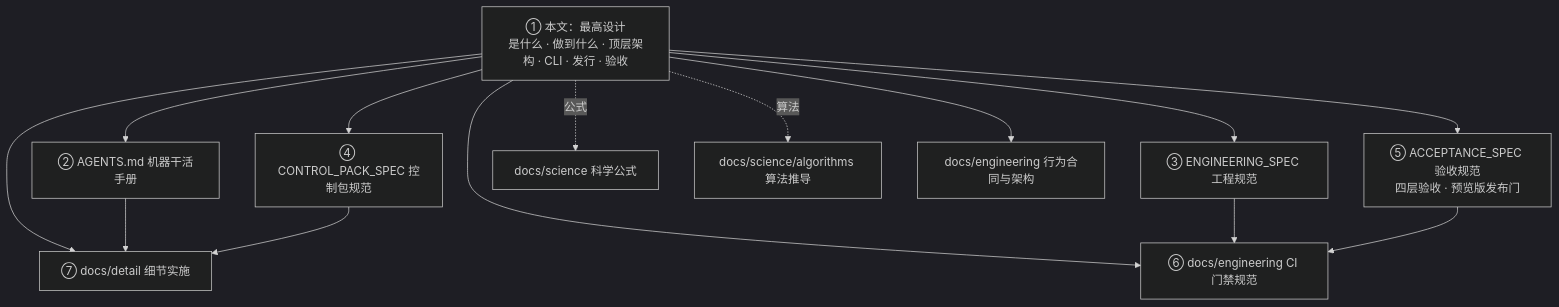
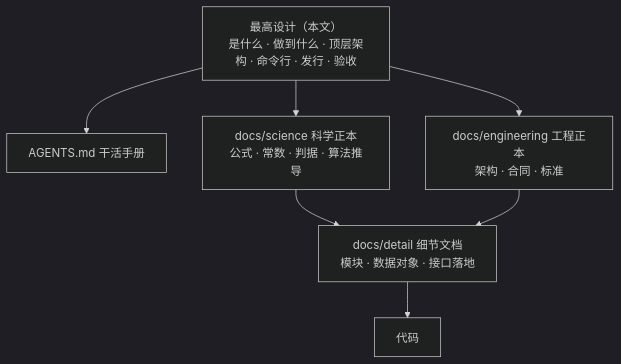
Before and after one commit to fujiaze/Astro-CS-Database: the first of 10 diagrams in docs/ASTROCS_DESIGN.md, drawn with Mermaid (dark theme). The commit also changed other lines of this file and 1 other file, not shown here.

First line of the commit message:
G08-02 正本替换：AGENTS.md 与最高设计改用负责人确认版

````diff
--- a/docs/ASTROCS_DESIGN.md
+++ b/docs/ASTROCS_DESIGN.md
@@ -9,21 +7,15 @@
 ```mermaid
 flowchart TD
-    D["① 本文：最高设计<br/>是什么 · 做到什么 · 顶层架构 · CLI · 发行 · 验收"]
-    A["② AGENTS.md 机器干活手册"]
-    E["③ ENGINEERING_SPEC 工程规范"]
-    C["④ CONTROL_PACK_SPEC 控制包规范"]
-    ACC["⑤ ACCEPTANCE_SPEC 验收规范<br/>四层验收 · 预览版发布门"]
-    CI["⑥ docs/engineering CI 门禁规范"]
-    P["⑦ docs/detail 细节实施"]
-    S["docs/science 科学公式"]
-    AL["docs/science/algorithms 算法推导"]
-    U["docs/engineering 行为合同与架构"]
-    D --> A & E & C & ACC & CI & P
-    D --> U
-    D -.公式.-> S
-    D -.算法.-> AL
-    A --> P
-    E --> CI
-    C --> P
-    ACC --> CI
+    D["最高设计（本文）<br/>是什么 · 做到什么 · 顶层架构 · 命令行 · 发行 · 验收"]
+    A["AGENTS.md 干活手册"]
+    S["docs/science 科学正本<br/>公式 · 常数 · 判据 · 算法推导"]
+    E["docs/engineering 工程正本<br/>架构 · 合同 · 标准"]
+    X["docs/detail 细节文档<br/>模块 · 数据对象 · 接口落地"]
+    C["代码"]
+    D --> A
+    D --> S
+    D --> E
+    S --> X
+    E --> X
+    X --> C
 ```
````
